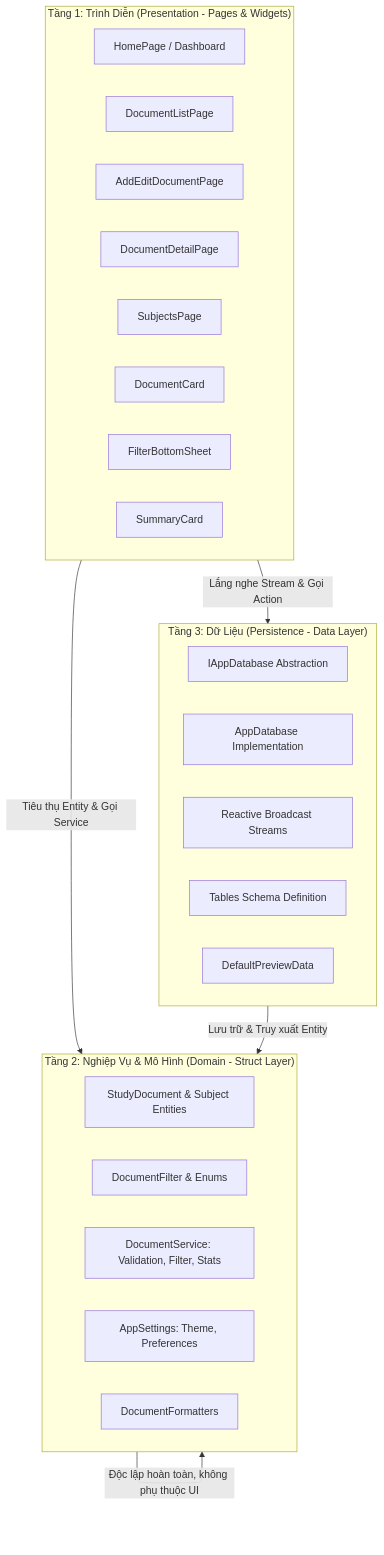
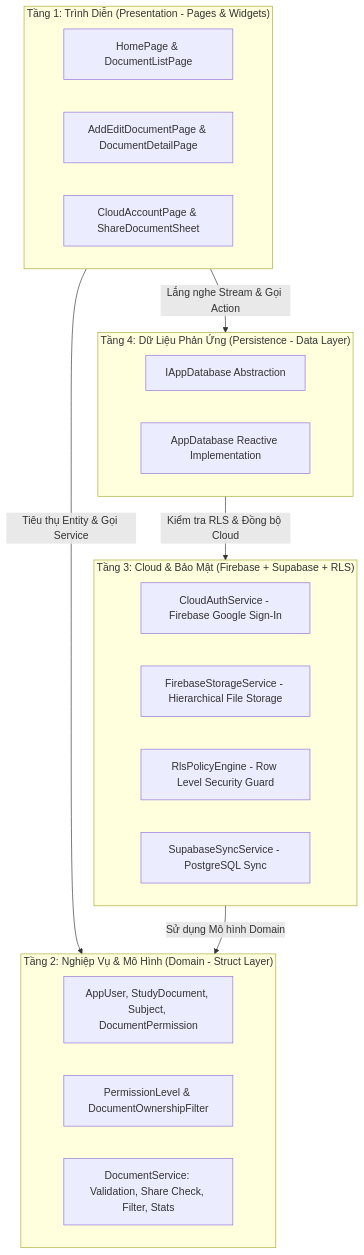
One commit to LuvAbyss/Study-Document-Manager changed the fourth of 5 diagrams in ARCHITECTURE_REPORT.md. Above: the diagram before and after it, drawn with Mermaid. The commit also changed other lines of this file and 32 other files, not shown here.

First line of the commit message:
Add cloud sync and document sharing

````diff
--- a/ARCHITECTURE_REPORT.md
+++ b/ARCHITECTURE_REPORT.md
@@ -184,34 +218,31 @@
 ```mermaid
 graph TD
     subgraph UI_Presentation ["Tầng 1: Trình Diễn (Presentation - Pages & Widgets)"]
-        P1[HomePage / Dashboard]
-        P2[DocumentListPage]
-        P3[AddEditDocumentPage]
-        P4[DocumentDetailPage]
-        P5[SubjectsPage]
-        W1[DocumentCard]
-        W2[FilterBottomSheet]
-        W3[SummaryCard]
+        P1[HomePage & DocumentListPage]
+        P2[AddEditDocumentPage & DocumentDetailPage]
+        P3[CloudAccountPage & ShareDocumentSheet]
     end
 
     subgraph Domain_Struct ["Tầng 2: Nghiệp Vụ & Mô Hình (Domain - Struct Layer)"]
-        M1[StudyDocument & Subject Entities]
-        M2[DocumentFilter & Enums]
-        S1[DocumentService: Validation, Filter, Stats]
-        S2[AppSettings: Theme, Preferences]
-        F1[DocumentFormatters]
+        M1[AppUser, StudyDocument, Subject, DocumentPermission]
+        M2[PermissionLevel & DocumentOwnershipFilter]
+        S1[DocumentService: Validation, Share Check, Filter, Stats]
     end
 
-    subgraph Persistence_Data ["Tầng 3: Dữ Liệu (Persistence - Data Layer)"]
+    subgraph Cloud_Security ["Tầng 3: Cloud & Bảo Mật (Firebase + Supabase + RLS)"]
+        C1[CloudAuthService - Firebase Google Sign-In]
+        C2[FirebaseStorageService - Hierarchical File Storage]
+        C3[RlsPolicyEngine - Row Level Security Guard]
+        C4[SupabaseSyncService - PostgreSQL Sync]
+    end
+
+    subgraph Persistence_Data ["Tầng 4: Dữ Liệu Phản Ứng (Persistence - Data Layer)"]
         DB1[IAppDatabase Abstraction]
-        DB2[AppDatabase Implementation]
-        DB3[Reactive Broadcast Streams]
-        DB4[Tables Schema Definition]
-        DB5[DefaultPreviewData]
+        DB2[AppDatabase Reactive Implementation]
     end
 
     UI_Presentation -->|Tiêu thụ Entity & Gọi Service| Domain_Struct
     UI_Presentation -->|Lắng nghe Stream & Gọi Action| Persistence_Data
-    Domain_Struct -->|Độc lập hoàn toàn, không phụ thuộc UI| Domain_Struct
-    Persistence_Data -->|Lưu trữ & Truy xuất Entity| Domain_Struct
+    Persistence_Data -->|Kiểm tra RLS & Đồng bộ Cloud| Cloud_Security
+    Cloud_Security -->|Sử dụng Mô hình Domain| Domain_Struct
 ```
````
